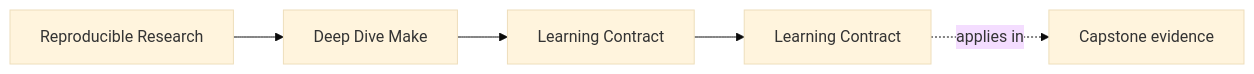
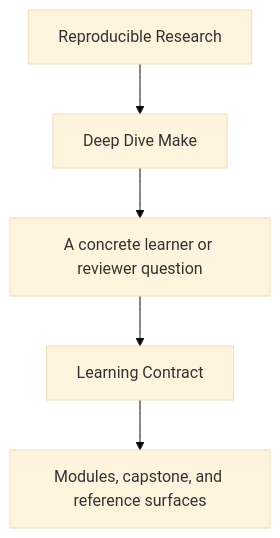
Before and after one commit to bijux/bijux-masterclass: the first of 2 diagrams in programs/reproducible-research/deep-dive-make/course-book/guides/learning-contract.md, drawn with Mermaid (base theme). The commit also changed other lines of this file and 29 other files, not shown here.

Commit message:
docs(deep-dive-make): sharpen guide and reference diagrams

````diff
--- a/programs/reproducible-research/deep-dive-make/course-book/guides/learning-contract.md
+++ b/programs/reproducible-research/deep-dive-make/course-book/guides/learning-contract.md
@@ -9,11 +9,7 @@
 ```mermaid
-graph LR
-  family["Reproducible Research"]
-  program["Deep Dive Make"]
-  section["Learning Contract"]
-  page["Learning Contract"]
-  capstone["Capstone evidence"]
-
-  family --> program --> section --> page
-  page -.applies in.-> capstone
+flowchart TD
+  family["Reproducible Research"] --> program["Deep Dive Make"]
+  program --> pressure["A concrete learner or reviewer question"]
+  pressure --> guide["Learning Contract"]
+  guide --> next["Modules, capstone, and reference surfaces"]
 ```
````
